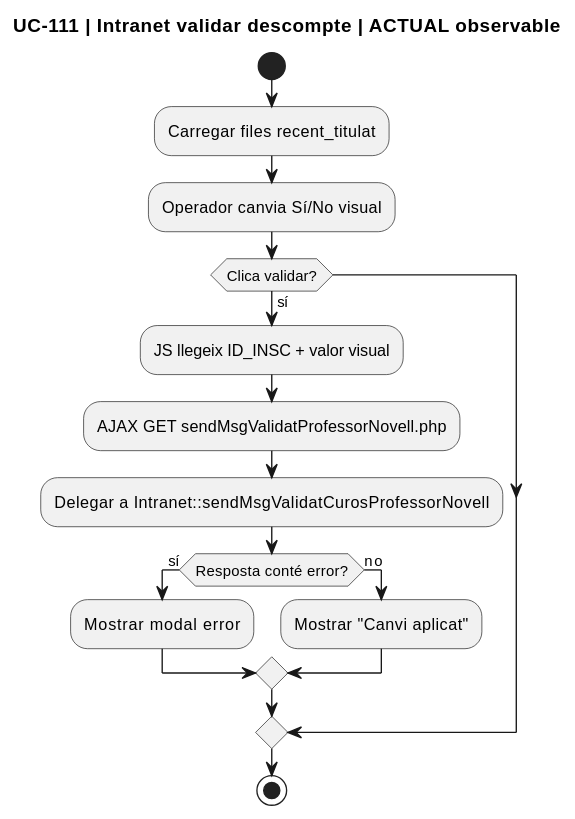
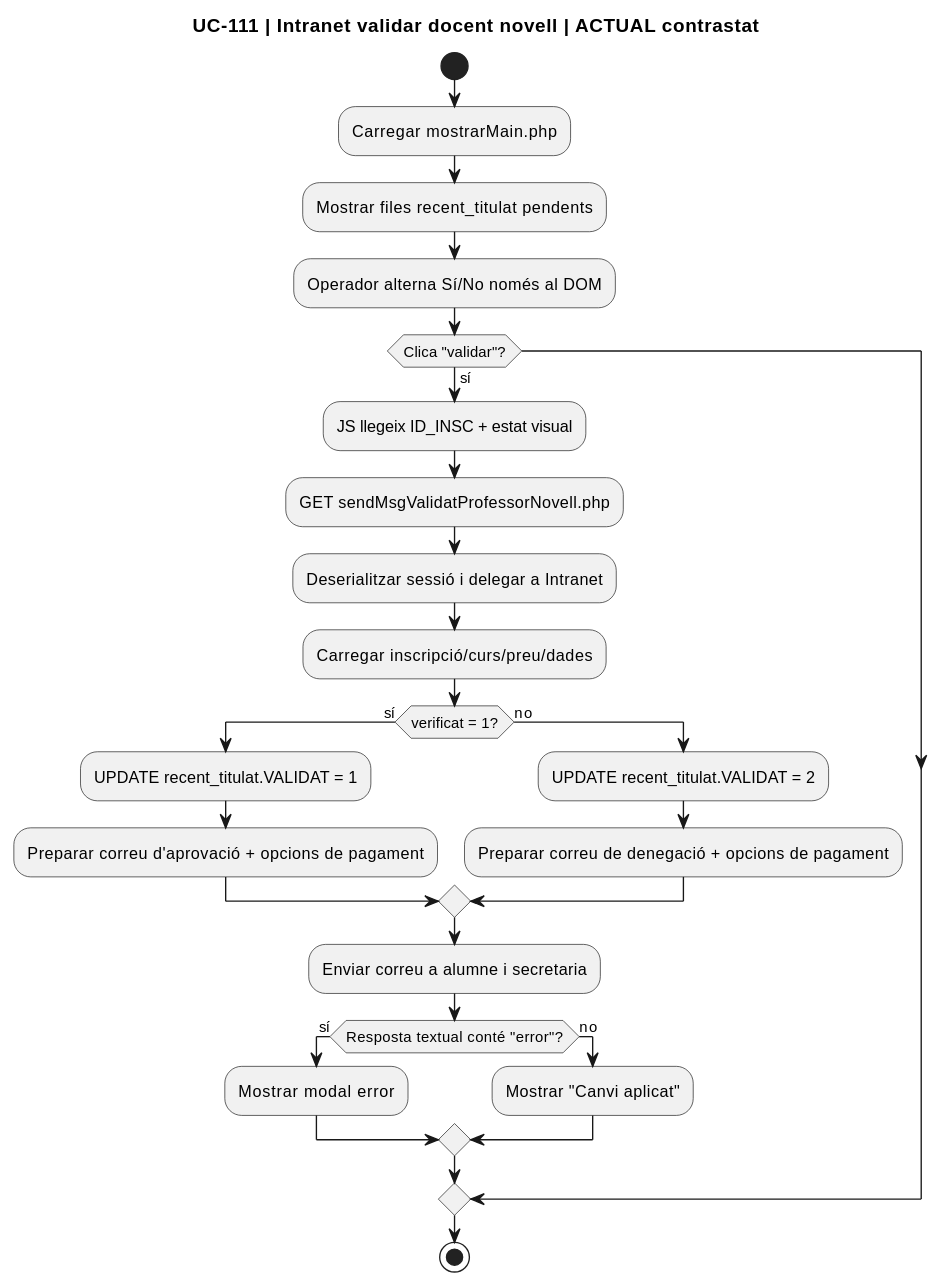
Before and after one commit to orgmeriemprismacat-del/verifactu: the fourth of 12 diagrams in documentacio/07-uml-integrat/uc-111-activitats-actual-final.md, drawn with PlantUML. The commit also changed other lines of this file, not shown here.

Commit message:
UC-111 complete web intranet and payment activity diagrams

````diff
--- a/documentacio/07-uml-integrat/uc-111-activitats-actual-final.md
+++ b/documentacio/07-uml-integrat/uc-111-activitats-actual-final.md
@@ -69,19 +86,29 @@
 ```plantuml
 @startuml
-title UC-111 | Intranet validar descompte | ACTUAL observable
+title UC-111 | Intranet validar docent novell | ACTUAL contrastat
 start
-:Carregar files recent_titulat;
-:Operador canvia Sí/No visual;
-if (Clica validar?) then (sí)
-  :JS llegeix ID_INSC + valor visual;
-  :AJAX GET sendMsgValidatProfessorNovell.php;
-  :Delegar a Intranet::sendMsgValidatCurosProfessorNovell;
-  if (Resposta conté error?) then (sí)
+:Carregar mostrarMain.php;
+:Mostrar files recent_titulat pendents;
+:Operador alterna Sí/No només al DOM;
+if (Clica "validar"?) then (sí)
+  :JS llegeix ID_INSC + estat visual;
+  :GET sendMsgValidatProfessorNovell.php;
+  :Deserialitzar sessió i delegar a Intranet;
+  :Carregar inscripció/curs/preu/dades;
+  if (verificat = 1?) then (sí)
+    :UPDATE recent_titulat.VALIDAT = 1;
+    :Preparar correu d'aprovació + opcions de pagament;
+  else (no)
+    :UPDATE recent_titulat.VALIDAT = 2;
+    :Preparar correu de denegació + opcions de pagament;
+  endif
+  :Enviar correu a alumne i secretaria;
+  if (Resposta textual conté "error"?) then (sí)
     :Mostrar modal error;
   else (no)
     :Mostrar "Canvi aplicat";
   endif
 endif
 stop
 @enduml
 ```
````
